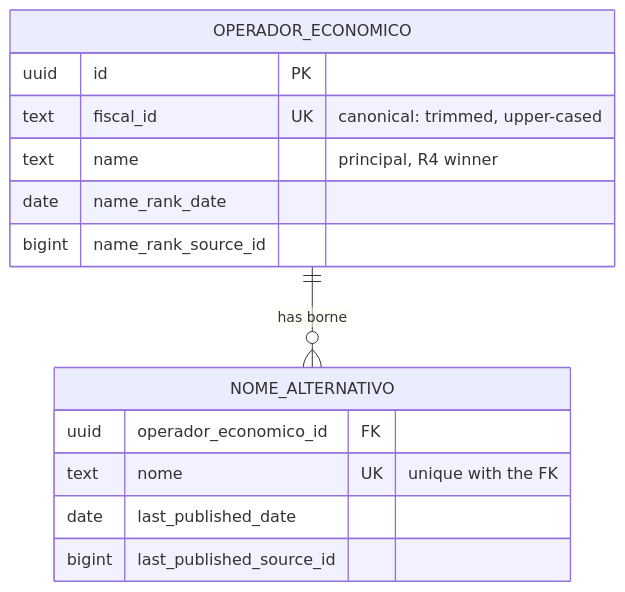
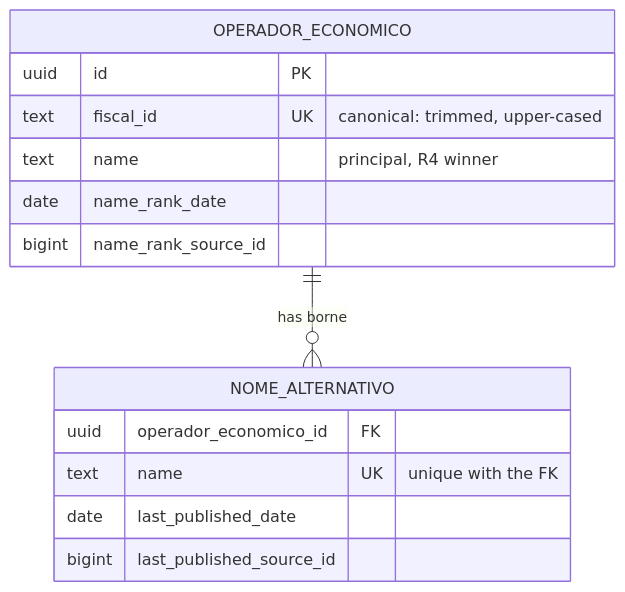
The third of 3 diagrams in docs/features/FEAT-0010-operadores-economicos-base/README.md (earelin/conxugal), drawn with Mermaid before and after one commit. The commit also changed other lines of this file and 15 other files, not shown here.

````diff
--- a/docs/features/FEAT-0010-operadores-economicos-base/README.md
+++ b/docs/features/FEAT-0010-operadores-economicos-base/README.md
@@ -191,17 +198,17 @@
 ```mermaid
 erDiagram
     OPERADOR_ECONOMICO ||--o{ NOME_ALTERNATIVO : "has borne"
     OPERADOR_ECONOMICO {
         uuid id PK
         text fiscal_id UK "canonical: trimmed, upper-cased"
         text name "principal, R4 winner"
         date name_rank_date
         bigint name_rank_source_id
     }
     NOME_ALTERNATIVO {
         uuid operador_economico_id FK
-        text nome UK "unique with the FK"
+        text name UK "unique with the FK"
         date last_published_date
         bigint last_published_source_id
     }
 ```
````
